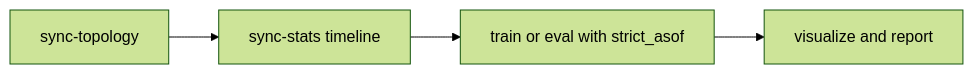
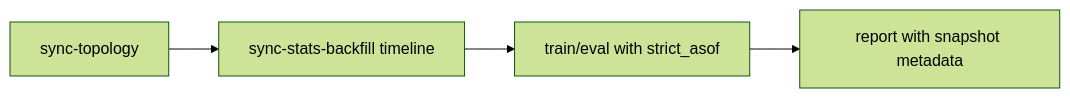
The diagram in README.MD (ghsrg/bpm_prediction), drawn with Mermaid (forest theme) before and after one commit. The commit also changed other lines of this file and 30 other files, not shown here.

````diff
--- a/README.MD
+++ b/README.MD
@@ -630,6 +150,6 @@
 ```mermaid
 flowchart LR
-    R1[sync-topology] --> R2[sync-stats timeline]
-    R2 --> R3[train or eval with strict_asof]
-    R3 --> R4[visualize and report]
+    R1[sync-topology] --> R2[sync-stats-backfill timeline]
+    R2 --> R3[train/eval with strict_asof]
+    R3 --> R4[report with snapshot metadata]
 ```
````
